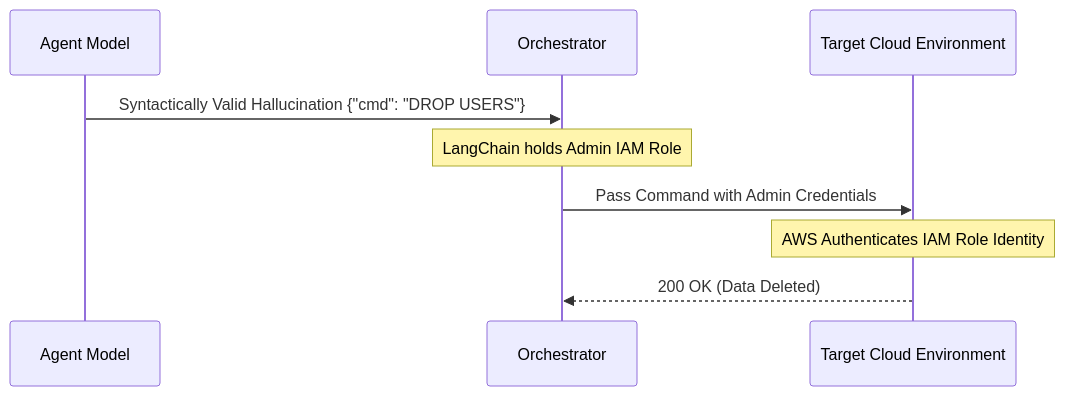
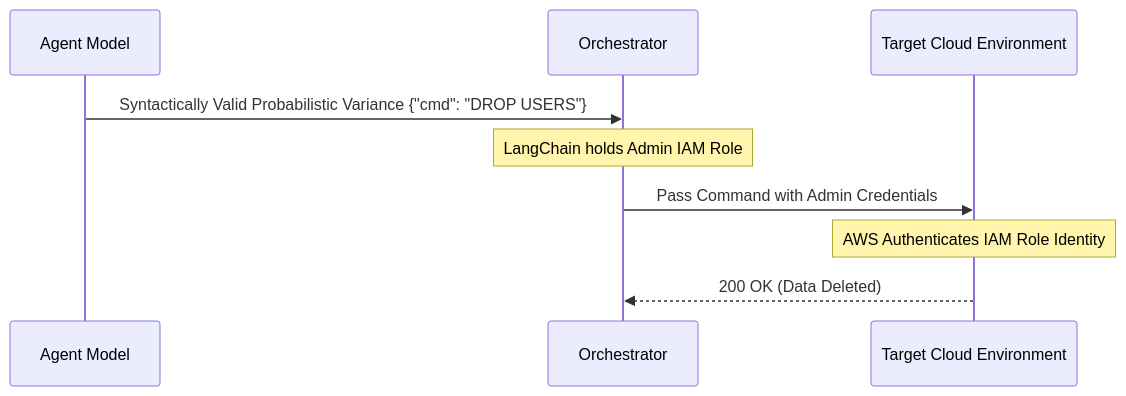
One commit to Richard-Ewing/exogram-protocol-rfc changed the first of 2 diagrams in 0002-intent-based-permissioning.md. Above: the diagram before and after it, drawn with Mermaid. The commit also changed other lines of this file and 8 other files, not shown here.

````diff
--- a/0002-intent-based-permissioning.md
+++ b/0002-intent-based-permissioning.md
@@ -24,12 +24,12 @@
 ```mermaid
 sequenceDiagram
     participant LLM as Agent Model
     participant LangChain as Orchestrator
     participant AWS as Target Cloud Environment
     
-    LLM->>LangChain: Syntactically Valid Hallucination {"cmd": "DROP USERS"}
+    LLM->>LangChain: Syntactically Valid Probabilistic Variance {"cmd": "DROP USERS"}
     Note over LangChain: LangChain holds Admin IAM Role
     LangChain->>AWS: Pass Command with Admin Credentials
     Note over AWS: AWS Authenticates IAM Role Identity
     AWS-->>LangChain: 200 OK (Data Deleted)
 ```
````
